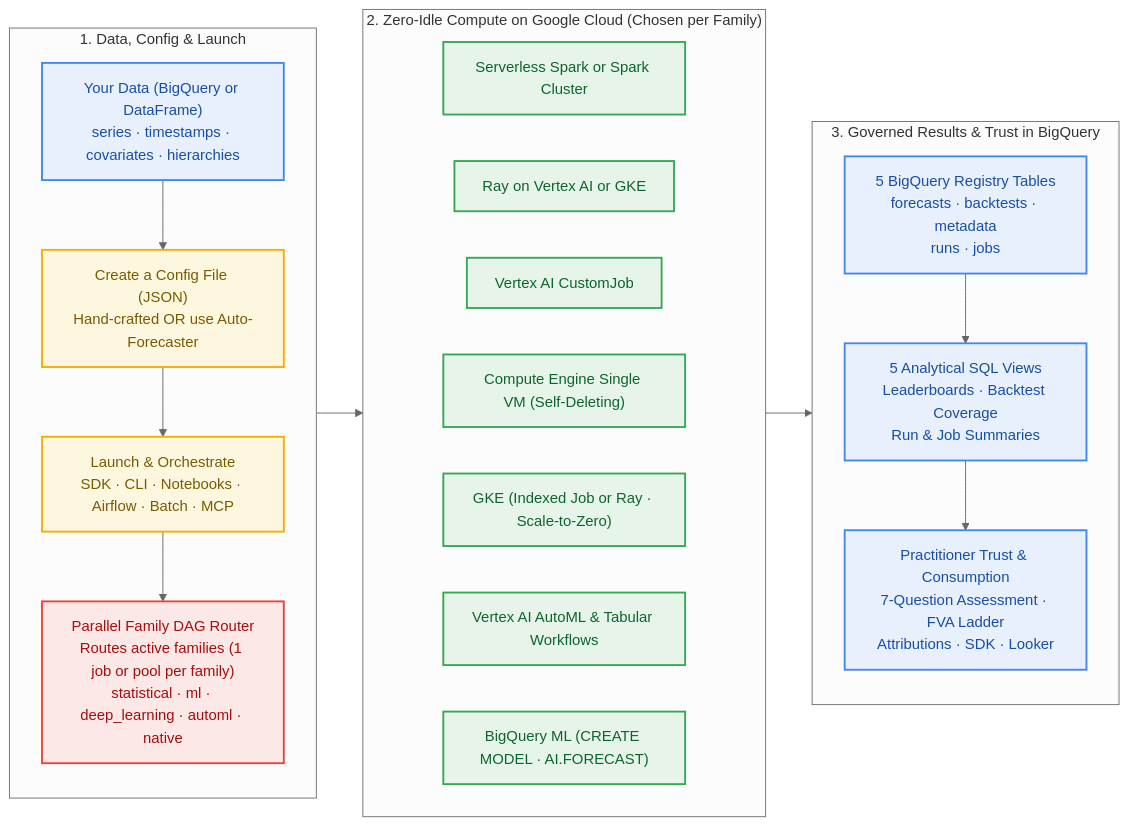
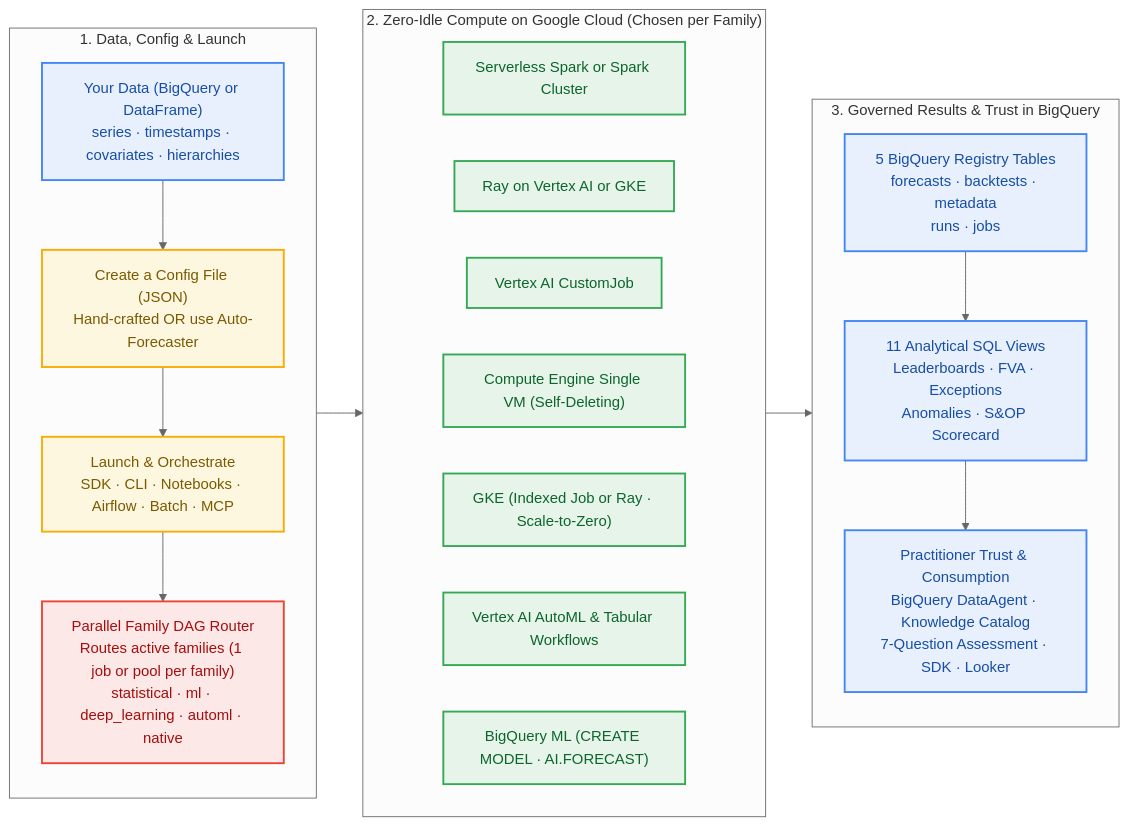
The diagram in README.md (statmike/scale-forecasting), drawn with Mermaid (neutral theme) before and after one commit. The commit also changed other lines of this file and 92 other files, not shown here.

````diff
--- a/README.md
+++ b/README.md
@@ -17,39 +17,39 @@
 ```mermaid
 flowchart LR
     subgraph PREP["1. Data, Config & Launch"]
         direction TB
         SRC["Your Data (BigQuery or DataFrame)<br/>series · timestamps · covariates · hierarchies"]
         CFG["Create a Config File (JSON)<br/>Hand-crafted OR use Auto-Forecaster"]
         LAUNCH["Launch & Orchestrate<br/>SDK · CLI · Notebooks · Airflow · Batch · MCP"]
         R["Parallel Family DAG Router<br/>Routes active families (1 job or pool per family)<br/>statistical · ml · deep_learning · automl · native"]
         SRC --> CFG --> LAUNCH --> R
     end
     subgraph RUN["2. Zero-Idle Compute on Google Cloud (Chosen per Family)"]
         direction LR
         S["Serverless Spark or Spark Cluster"]
         RY["Ray on Vertex AI or GKE"]
         V["Vertex AI CustomJob"]
         G["Compute Engine Single VM (Self-Deleting)"]
         K["GKE (Indexed Job or Ray · Scale-to-Zero)"]
         A["Vertex AI AutoML & Tabular Workflows"]
         B["BigQuery ML (CREATE MODEL · AI.FORECAST)"]
     end
     subgraph OUT["3. Governed Results & Trust in BigQuery"]
         direction TB
         REG["5 BigQuery Registry Tables<br/>forecasts · backtests · metadata<br/>runs · jobs"]
-        VIEWS["5 Analytical SQL Views<br/>Leaderboards · Backtest Coverage<br/>Run & Job Summaries"]
-        USE["Practitioner Trust & Consumption<br/>7-Question Assessment · FVA Ladder<br/>Attributions · SDK · Looker"]
+        VIEWS["11 Analytical SQL Views<br/>Leaderboards · FVA · Exceptions<br/>Anomalies · S&OP Scorecard"]
+        USE["Practitioner Trust & Consumption<br/>BigQuery DataAgent · Knowledge Catalog<br/>7-Question Assessment · SDK · Looker"]
         REG --> VIEWS --> USE
     end
 
     PREP --> RUN --> OUT
 
     classDef data fill:#E8F0FE,stroke:#4285F4,stroke-width:2px,color:#174EA6
     classDef config fill:#FEF7E0,stroke:#F9AB00,stroke-width:2px,color:#7A5A00
     classDef route fill:#FCE8E6,stroke:#EA4335,stroke-width:2px,color:#A50E0E
     classDef compute fill:#E6F4EA,stroke:#34A853,stroke-width:2px,color:#0D652D
     class SRC,REG,VIEWS,USE data
     class CFG,LAUNCH config
     class R route
     class S,RY,V,G,K,A,B compute
 ```
````
